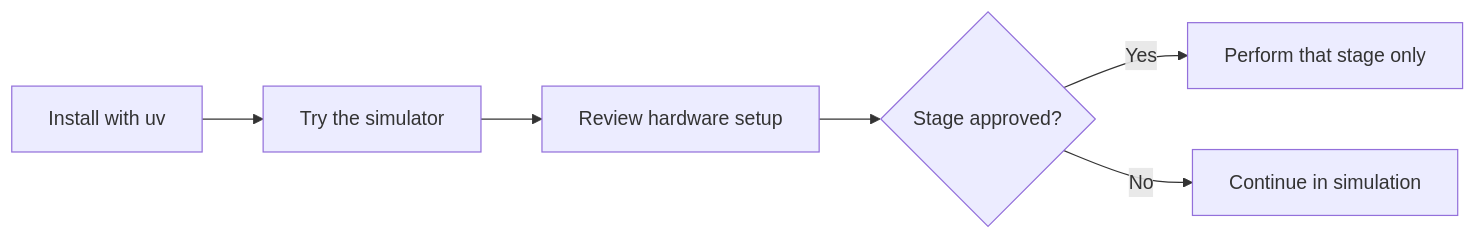
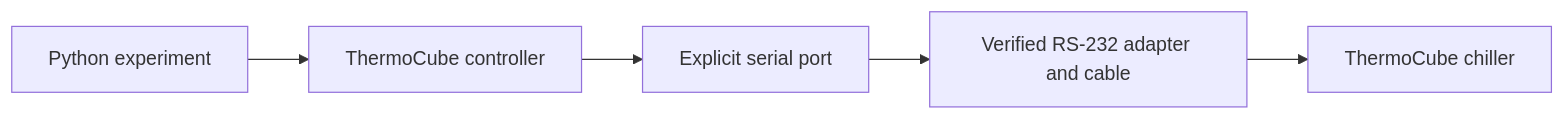
Before and after one commit to cct1123/thermocube-control: the diagram in README.md, drawn with Mermaid. The commit also changed other lines of this file and 4 other files, not shown here.

Commit message:
Lead README with real hardware setup and usage

````diff
--- a/README.md
+++ b/README.md
@@ -15,8 +19,7 @@
 ```mermaid
 flowchart LR
-    A[Install with uv] --> B[Try the simulator]
-    B --> C[Review hardware setup]
-    C --> D{Stage approved?}
-    D -->|Yes| E[Perform that stage only]
-    D -->|No| F[Continue in simulation]
+    A[Python experiment] --> B[ThermoCube controller]
+    B --> C[Explicit serial port]
+    C --> D[Verified RS-232 adapter and cable]
+    D --> E[ThermoCube chiller]
 ```
````
